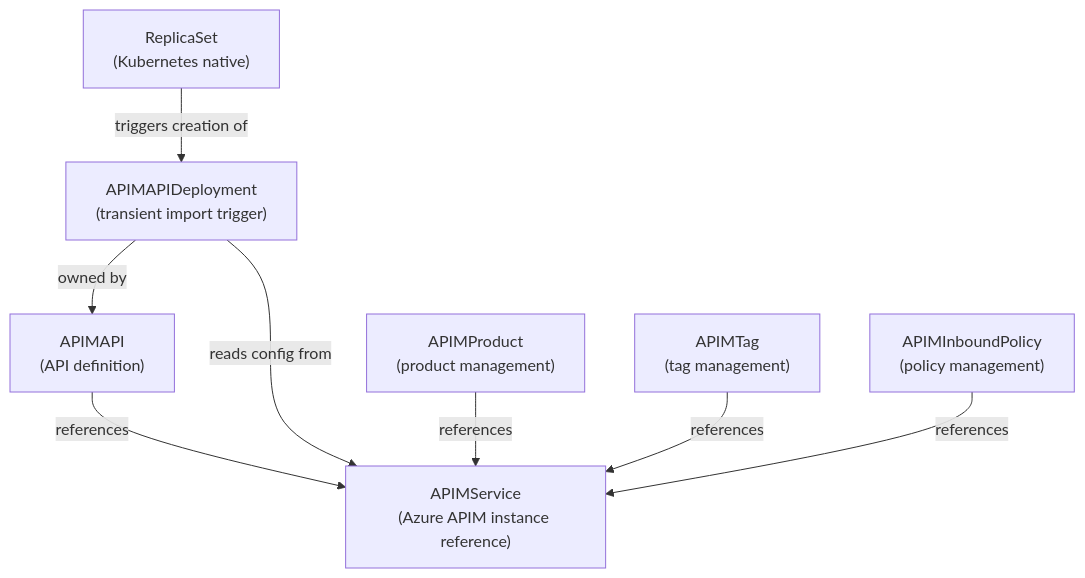
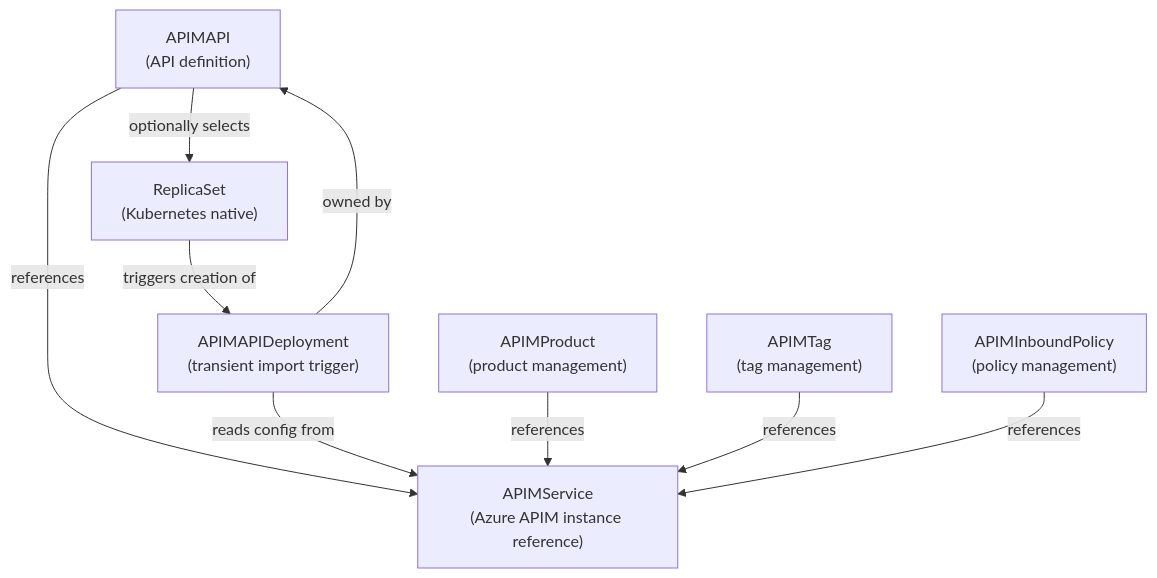
Before and after one commit to hedinbil/azure-apim-operator: the third of 3 diagrams in docs/architecture.md, drawn with Mermaid. The commit also changed other lines of this file and 21 other files, not shown here.

````diff
--- a/docs/architecture.md
+++ b/docs/architecture.md
@@ -171,18 +173,19 @@
 ```mermaid
 flowchart TD
     APIMService["APIMService\n(Azure APIM instance reference)"]
     APIMAPI["APIMAPI\n(API definition)"]
     APIMAPIDeployment["APIMAPIDeployment\n(transient import trigger)"]
     APIMProduct["APIMProduct\n(product management)"]
     APIMTag["APIMTag\n(tag management)"]
     APIMInboundPolicy["APIMInboundPolicy\n(policy management)"]
     ReplicaSet["ReplicaSet\n(Kubernetes native)"]
 
     APIMAPI -->|references| APIMService
+    APIMAPI -->|optionally selects| ReplicaSet
     APIMAPIDeployment -->|owned by| APIMAPI
     APIMAPIDeployment -->|reads config from| APIMService
     APIMProduct -->|references| APIMService
     APIMTag -->|references| APIMService
     APIMInboundPolicy -->|references| APIMService
     ReplicaSet -->|triggers creation of| APIMAPIDeployment
 ```
````
